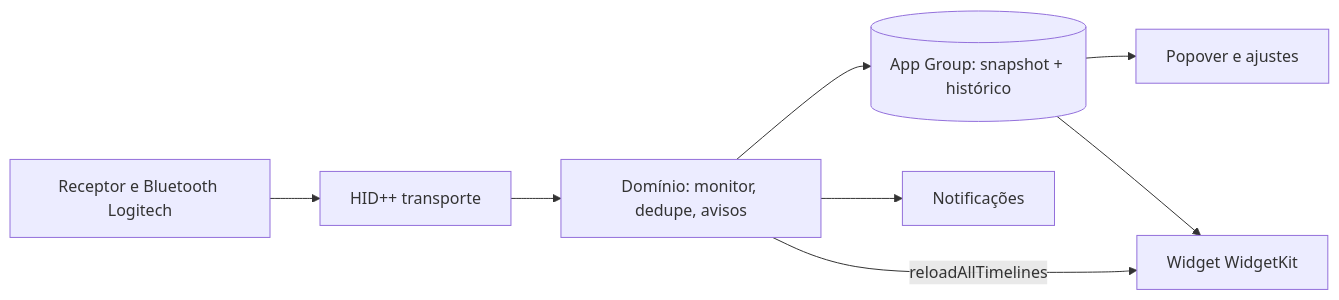
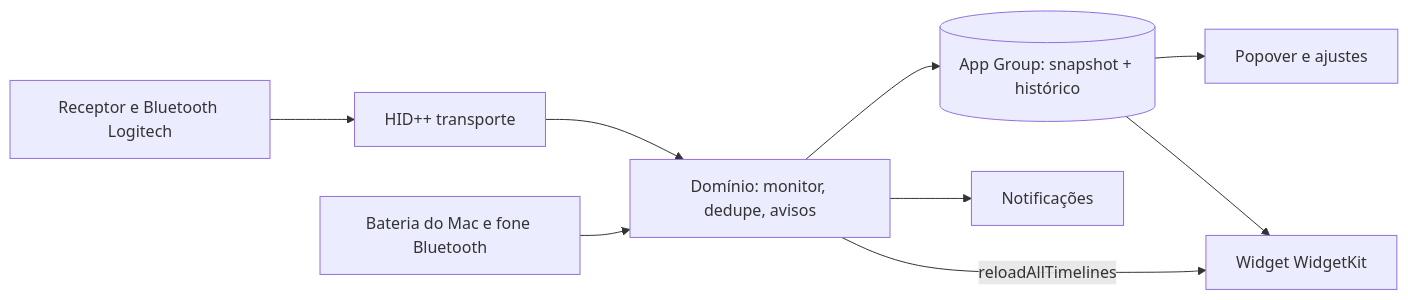
Before and after one commit to LucasStop/LogiBattery: the diagram in docs/ARCHITECTURE.md, drawn with Mermaid. The commit also changed other lines of this file and 16 other files, not shown here.

First line of the commit message:
feat(system): show the Mac and Bluetooth headphone batteries

````diff
--- a/docs/ARCHITECTURE.md
+++ b/docs/ARCHITECTURE.md
@@ -34,10 +35,11 @@
 ```mermaid
 flowchart LR
   HW[Receptor e Bluetooth Logitech] --> HID[HID++ transporte]
   HID --> DOM[Domínio: monitor, dedupe, avisos]
+  SYS[Bateria do Mac e fone Bluetooth] --> DOM
   DOM --> STO[(App Group: snapshot + histórico)]
   DOM --> NOT[Notificações]
   STO --> POP[Popover e ajustes]
   STO --> WID[Widget WidgetKit]
   DOM -->|reloadAllTimelines| WID
 ```
````
